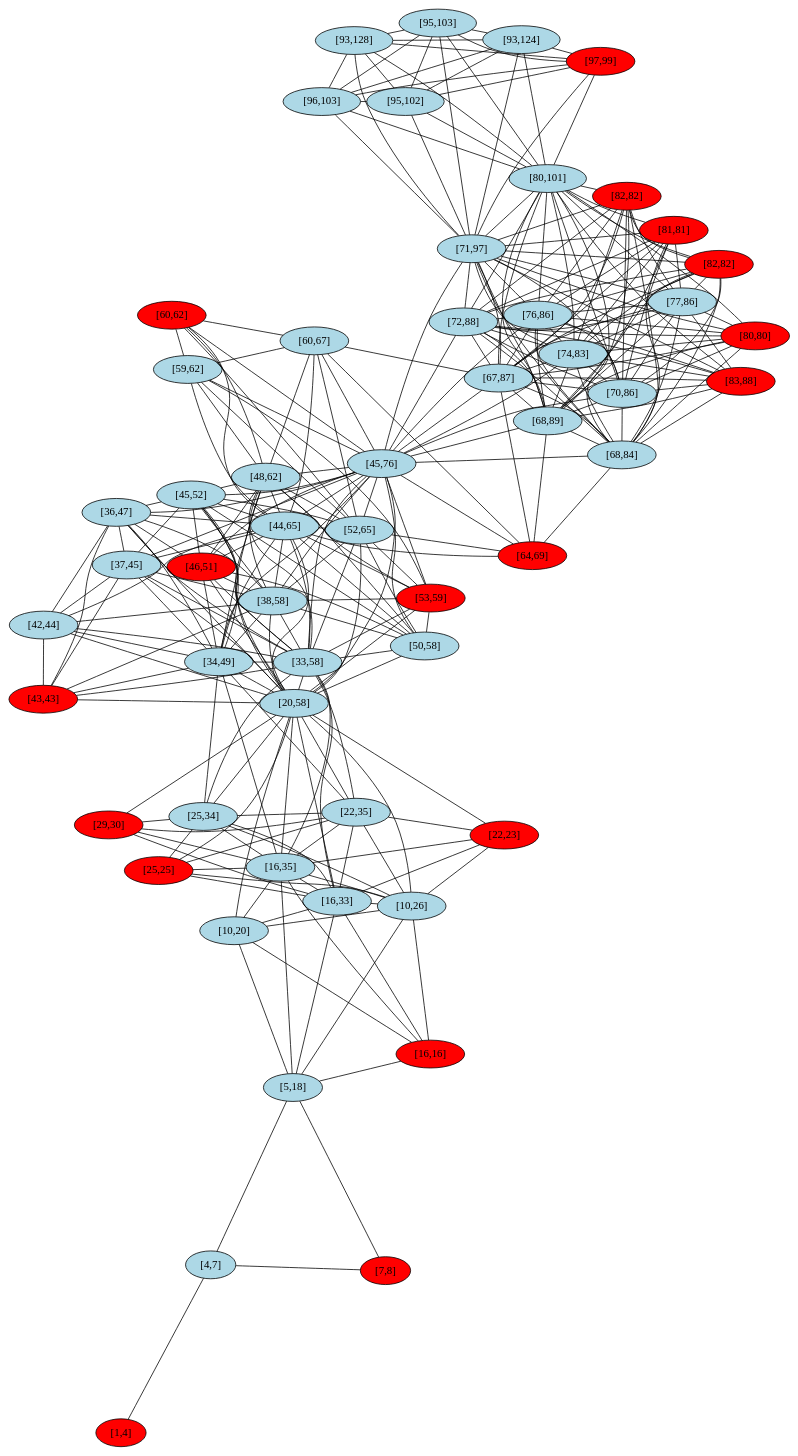
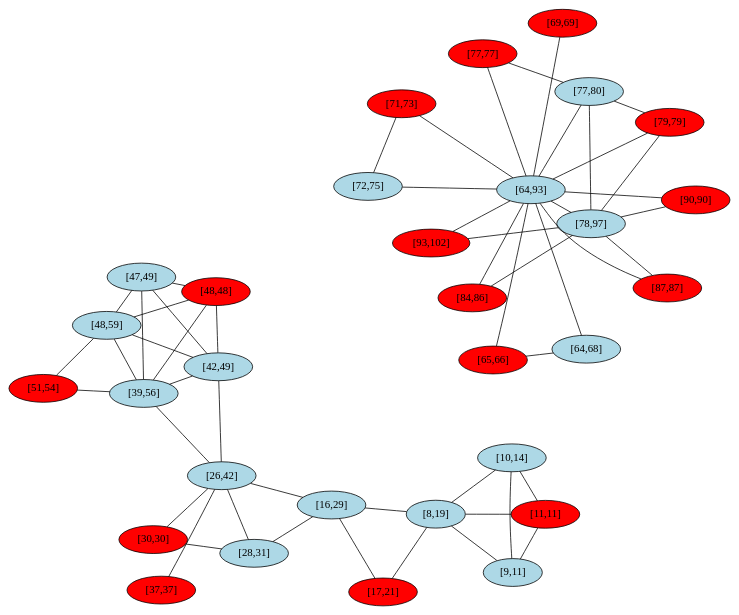
Before and after one commit to atotgerman/DUE_Fscharp: the diagram in intervallumgraf.dot, drawn with Graphviz. The commit also changed 2 other files, not shown here.

```diff
--- a/intervallumgraf.dot
+++ b/intervallumgraf.dot
@@ -2,359 +2,86 @@
   layout=neato;
   overlap=false;
   splines=true;
-  1 [label="[72,88]", style=filled, fillcolor=lightblue];
-  2 [label="[10,26]", style=filled, fillcolor=lightblue];
-  3 [label="[64,69]", style=filled, fillcolor=red];
-  4 [label="[29,30]", style=filled, fillcolor=red];
-  5 [label="[22,35]", style=filled, fillcolor=lightblue];
-  6 [label="[42,44]", style=filled, fillcolor=lightblue];
-  7 [label="[4,7]", style=filled, fillcolor=lightblue];
-  8 [label="[67,87]", style=filled, fillcolor=lightblue];
-  9 [label="[43,43]", style=filled, fillcolor=red];
-  10 [label="[25,34]", style=filled, fillcolor=lightblue];
-  11 [label="[77,86]", style=filled, fillcolor=lightblue];
-  12 [label="[96,103]", style=filled, fillcolor=lightblue];
-  13 [label="[97,99]", style=filled, fillcolor=red];
-  14 [label="[68,89]", style=filled, fillcolor=lightblue];
-  15 [label="[20,58]", style=filled, fillcolor=lightblue];
-  16 [label="[83,88]", style=filled, fillcolor=red];
-  17 [label="[33,58]", style=filled, fillcolor=lightblue];
-  18 [label="[45,52]", style=filled, fillcolor=lightblue];
-  19 [label="[71,97]", style=filled, fillcolor=lightblue];
-  20 [label="[16,35]", style=filled, fillcolor=lightblue];
-  21 [label="[25,25]", style=filled, fillcolor=red];
-  22 [label="[46,51]", style=filled, fillcolor=red];
-  23 [label="[37,45]", style=filled, fillcolor=lightblue];
-  24 [label="[76,86]", style=filled, fillcolor=lightblue];
-  25 [label="[60,67]", style=filled, fillcolor=lightblue];
-  26 [label="[38,58]", style=filled, fillcolor=lightblue];
-  27 [label="[74,83]", style=filled, fillcolor=lightblue];
-  28 [label="[16,33]", style=filled, fillcolor=lightblue];
-  29 [label="[1,4]", style=filled, fillcolor=red];
-  30 [label="[68,84]", style=filled, fillcolor=lightblue];
-  31 [label="[34,49]", style=filled, fillcolor=lightblue];
-  32 [label="[59,62]", style=filled, fillcolor=lightblue];
-  33 [label="[45,76]", style=filled, fillcolor=lightblue];
-  34 [label="[81,81]", style=filled, fillcolor=red];
-  35 [label="[93,124]", style=filled, fillcolor=lightblue];
-  36 [label="[7,8]", style=filled, fillcolor=red];
-  37 [label="[82,82]", style=filled, fillcolor=red];
-  38 [label="[22,23]", style=filled, fillcolor=red];
-  39 [label="[44,65]", style=filled, fillcolor=lightblue];
-  40 [label="[36,47]", style=filled, fillcolor=lightblue];
-  41 [label="[52,65]", style=filled, fillcolor=lightblue];
-  42 [label="[93,128]", style=filled, fillcolor=lightblue];
-  43 [label="[10,20]", style=filled, fillcolor=lightblue];
-  44 [label="[16,16]", style=filled, fillcolor=red];
-  45 [label="[80,80]", style=filled, fillcolor=red];
-  46 [label="[48,62]", style=filled, fillcolor=lightblue];
-  47 [label="[5,18]", style=filled, fillcolor=lightblue];
-  48 [label="[50,58]", style=filled, fillcolor=lightblue];
-  49 [label="[60,62]", style=filled, fillcolor=red];
-  50 [label="[82,82]", style=filled, fillcolor=red];
-  51 [label="[95,102]", style=filled, fillcolor=lightblue];
-  52 [label="[70,86]", style=filled, fillcolor=lightblue];
-  53 [label="[95,103]", style=filled, fillcolor=lightblue];
-  54 [label="[80,101]", style=filled, fillcolor=lightblue];
-  55 [label="[53,59]", style=filled, fillcolor=red];
-  1 -- 8;
+  1 [label="[42,49]", style=filled, fillcolor=lightblue];
+  2 [label="[48,48]", style=filled, fillcolor=red];
+  3 [label="[78,97]", style=filled, fillcolor=lightblue];
+  4 [label="[26,42]", style=filled, fillcolor=lightblue];
+  5 [label="[90,90]", style=filled, fillcolor=red];
+  6 [label="[51,54]", style=filled, fillcolor=red];
+  7 [label="[10,14]", style=filled, fillcolor=lightblue];
+  8 [label="[84,86]", style=filled, fillcolor=red];
+  9 [label="[71,73]", style=filled, fillcolor=red];
+  10 [label="[69,69]", style=filled, fillcolor=red];
+  11 [label="[48,59]", style=filled, fillcolor=lightblue];
+  12 [label="[39,56]", style=filled, fillcolor=lightblue];
+  13 [label="[11,11]", style=filled, fillcolor=red];
+  14 [label="[16,29]", style=filled, fillcolor=lightblue];
+  15 [label="[77,77]", style=filled, fillcolor=red];
+  16 [label="[9,11]", style=filled, fillcolor=lightblue];
+  17 [label="[37,37]", style=filled, fillcolor=red];
+  18 [label="[93,102]", style=filled, fillcolor=red];
+  19 [label="[30,30]", style=filled, fillcolor=red];
+  20 [label="[17,21]", style=filled, fillcolor=red];
+  21 [label="[47,49]", style=filled, fillcolor=lightblue];
+  22 [label="[87,87]", style=filled, fillcolor=red];
+  23 [label="[64,93]", style=filled, fillcolor=lightblue];
+  24 [label="[64,68]", style=filled, fillcolor=lightblue];
+  25 [label="[65,66]", style=filled, fillcolor=red];
+  26 [label="[8,19]", style=filled, fillcolor=lightblue];
+  27 [label="[72,75]", style=filled, fillcolor=lightblue];
+  28 [label="[77,80]", style=filled, fillcolor=lightblue];
+  29 [label="[28,31]", style=filled, fillcolor=lightblue];
+  30 [label="[79,79]", style=filled, fillcolor=red];
+  1 -- 2;
+  1 -- 4;
   1 -- 11;
-  1 -- 14;
-  1 -- 16;
-  1 -- 19;
-  1 -- 24;
-  1 -- 27;
-  1 -- 30;
-  1 -- 33;
-  1 -- 34;
-  1 -- 37;
-  1 -- 45;
-  1 -- 50;
-  1 -- 52;
-  1 -- 54;
-  2 -- 5;
-  2 -- 10;
-  2 -- 15;
-  2 -- 20;
+  1 -- 12;
+  1 -- 21;
+  2 -- 11;
+  2 -- 12;
   2 -- 21;
-  2 -- 28;
-  2 -- 38;
-  2 -- 43;
-  2 -- 44;
-  2 -- 47;
+  3 -- 5;
   3 -- 8;
-  3 -- 14;
-  3 -- 25;
+  3 -- 18;
+  3 -- 22;
+  3 -- 23;
+  3 -- 28;
   3 -- 30;
-  3 -- 33;
-  3 -- 39;
-  3 -- 41;
-  4 -- 5;
-  4 -- 10;
-  4 -- 15;
-  4 -- 20;
-  4 -- 28;
-  5 -- 10;
-  5 -- 15;
-  5 -- 17;
-  5 -- 20;
-  5 -- 21;
-  5 -- 28;
-  5 -- 31;
-  5 -- 38;
-  6 -- 9;
-  6 -- 15;
-  6 -- 17;
-  6 -- 23;
-  6 -- 26;
-  6 -- 31;
-  6 -- 39;
-  6 -- 40;
-  7 -- 29;
-  7 -- 36;
-  7 -- 47;
-  8 -- 11;
-  8 -- 14;
-  8 -- 16;
-  8 -- 19;
-  8 -- 24;
-  8 -- 25;
-  8 -- 27;
-  8 -- 30;
-  8 -- 33;
-  8 -- 34;
-  8 -- 37;
-  8 -- 45;
-  8 -- 50;
-  8 -- 52;
-  8 -- 54;
-  9 -- 15;
-  9 -- 17;
+  4 -- 12;
+  4 -- 14;
+  4 -- 17;
+  4 -- 19;
+  4 -- 29;
+  5 -- 23;
+  6 -- 11;
+  6 -- 12;
+  7 -- 13;
+  7 -- 16;
+  7 -- 26;
+  8 -- 23;
   9 -- 23;
-  9 -- 26;
-  9 -- 31;
-  9 -- 40;
-  10 -- 15;
-  10 -- 17;
-  10 -- 20;
-  10 -- 21;
-  10 -- 28;
-  10 -- 31;
-  11 -- 14;
-  11 -- 16;
-  11 -- 19;
-  11 -- 24;
-  11 -- 27;
-  11 -- 30;
-  11 -- 34;
-  11 -- 37;
-  11 -- 45;
-  11 -- 50;
-  11 -- 52;
-  11 -- 54;
-  12 -- 13;
-  12 -- 19;
-  12 -- 35;
-  12 -- 42;
-  12 -- 51;
-  12 -- 53;
-  12 -- 54;
-  13 -- 19;
-  13 -- 35;
-  13 -- 42;
-  13 -- 51;
-  13 -- 53;
-  13 -- 54;
-  14 -- 16;
-  14 -- 19;
-  14 -- 24;
-  14 -- 27;
-  14 -- 30;
-  14 -- 33;
-  14 -- 34;
-  14 -- 37;
-  14 -- 45;
-  14 -- 50;
-  14 -- 52;
-  14 -- 54;
-  15 -- 17;
-  15 -- 18;
-  15 -- 20;
-  15 -- 21;
-  15 -- 22;
+  9 -- 27;
+  10 -- 23;
+  11 -- 12;
+  11 -- 21;
+  12 -- 21;
+  13 -- 16;
+  13 -- 26;
+  14 -- 20;
+  14 -- 26;
+  14 -- 29;
   15 -- 23;
-  15 -- 26;
   15 -- 28;
-  15 -- 31;
-  15 -- 33;
-  15 -- 38;
-  15 -- 39;
-  15 -- 40;
-  15 -- 41;
-  15 -- 43;
-  15 -- 46;
-  15 -- 48;
-  15 -- 55;
-  16 -- 19;
-  16 -- 24;
-  16 -- 27;
-  16 -- 30;
-  16 -- 52;
-  16 -- 54;
-  17 -- 18;
-  17 -- 20;
-  17 -- 22;
-  17 -- 23;
-  17 -- 26;
-  17 -- 28;
-  17 -- 31;
-  17 -- 33;
-  17 -- 39;
-  17 -- 40;
-  17 -- 41;
-  17 -- 46;
-  17 -- 48;
-  17 -- 55;
-  18 -- 22;
+  16 -- 26;
   18 -- 23;
-  18 -- 26;
-  18 -- 31;
-  18 -- 33;
-  18 -- 39;
-  18 -- 40;
-  18 -- 41;
-  18 -- 46;
-  18 -- 48;
-  19 -- 24;
-  19 -- 27;
-  19 -- 30;
-  19 -- 33;
-  19 -- 34;
-  19 -- 35;
-  19 -- 37;
-  19 -- 42;
-  19 -- 45;
-  19 -- 50;
-  19 -- 51;
-  19 -- 52;
-  19 -- 53;
-  19 -- 54;
-  20 -- 21;
-  20 -- 28;
-  20 -- 31;
-  20 -- 38;
-  20 -- 43;
-  20 -- 44;
-  20 -- 47;
-  21 -- 28;
-  22 -- 26;
-  22 -- 31;
-  22 -- 33;
-  22 -- 39;
-  22 -- 40;
-  22 -- 46;
-  22 -- 48;
-  23 -- 26;
-  23 -- 31;
-  23 -- 33;
-  23 -- 39;
-  23 -- 40;
-  24 -- 27;
-  24 -- 30;
-  24 -- 33;
-  24 -- 34;
-  24 -- 37;
-  24 -- 45;
-  24 -- 50;
-  24 -- 52;
-  24 -- 54;
-  25 -- 32;
-  25 -- 33;
-  25 -- 39;
-  25 -- 41;
-  25 -- 46;
-  25 -- 49;
-  26 -- 31;
-  26 -- 33;
-  26 -- 39;
-  26 -- 40;
-  26 -- 41;
-  26 -- 46;
-  26 -- 48;
-  26 -- 55;
-  27 -- 30;
-  27 -- 33;
-  27 -- 34;
-  27 -- 37;
-  27 -- 45;
-  27 -- 50;
-  27 -- 52;
-  27 -- 54;
-  28 -- 38;
-  28 -- 43;
-  28 -- 44;
-  28 -- 47;
-  30 -- 33;
-  30 -- 34;
-  30 -- 37;
-  30 -- 45;
-  30 -- 50;
-  30 -- 52;
-  30 -- 54;
-  31 -- 33;
-  31 -- 39;
-  31 -- 40;
-  31 -- 46;
-  32 -- 33;
-  32 -- 39;
-  32 -- 41;
-  32 -- 46;
-  32 -- 49;
-  32 -- 55;
-  33 -- 39;
-  33 -- 40;
-  33 -- 41;
-  33 -- 46;
-  33 -- 48;
-  33 -- 49;
-  33 -- 52;
-  33 -- 55;
-  34 -- 52;
-  34 -- 54;
-  35 -- 42;
-  35 -- 51;
-  35 -- 53;
-  35 -- 54;
-  36 -- 47;
-  37 -- 50;
-  37 -- 52;
-  37 -- 54;
-  39 -- 40;
-  39 -- 41;
-  39 -- 46;
-  39 -- 48;
-  39 -- 49;
-  39 -- 55;
-  41 -- 46;
-  41 -- 48;
-  41 -- 49;
-  41 -- 55;
-  42 -- 51;
-  42 -- 53;
-  42 -- 54;
-  43 -- 44;
-  43 -- 47;
-  44 -- 47;
-  45 -- 52;
-  45 -- 54;
-  46 -- 48;
-  46 -- 49;
-  46 -- 55;
-  48 -- 55;
-  50 -- 52;
-  50 -- 54;
-  51 -- 53;
-  51 -- 54;
-  52 -- 54;
-  53 -- 54;
+  19 -- 29;
+  20 -- 26;
+  22 -- 23;
+  23 -- 24;
+  23 -- 25;
+  23 -- 27;
+  23 -- 28;
+  23 -- 30;
+  24 -- 25;
+  28 -- 30;
 }
```
